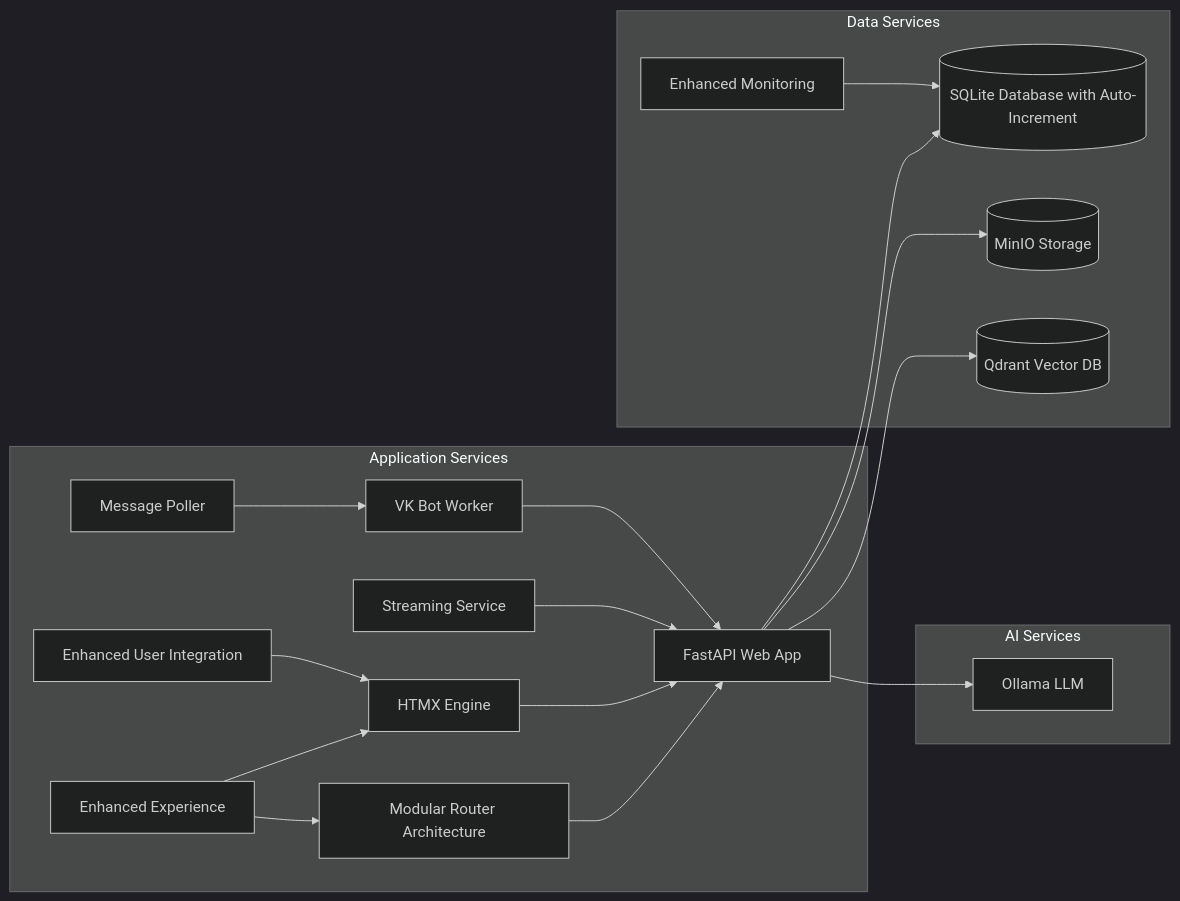
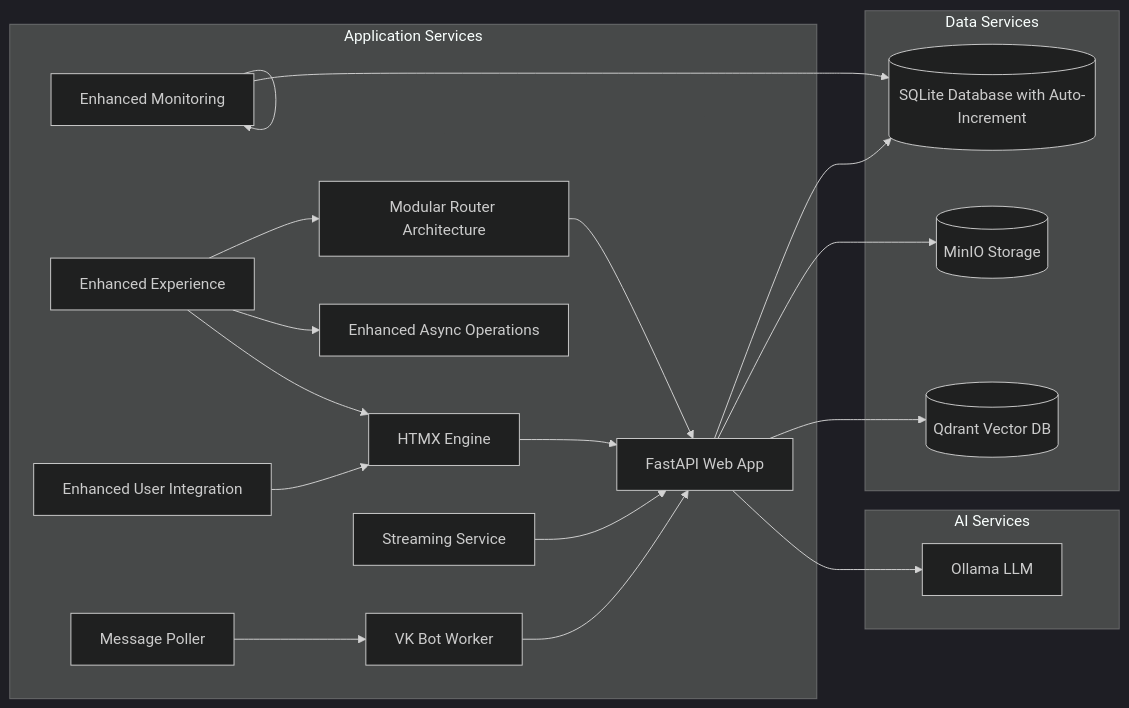
One commit to ognelis/cafetera_hr_bot changed diagram 26 of 26 in .qoder/repowiki/en/content/Document Management System.md. Above: the diagram before and after it, drawn with Mermaid (dark theme). The commit also changed other lines of this file and 25 other files, not shown here.

````diff
--- a/.qoder/repowiki/en/content/Document Management System.md
+++ b/.qoder/repowiki/en/content/Document Management System.md
@@ -2669,36 +2742,40 @@
 ```mermaid
 graph LR
 subgraph "Application Services"
 Web[FastAPI Web App]
 Bot[VK Bot Worker]
 Poller[Message Poller]
 Streaming[Streaming Service]
 HTMXEngine[HTMX Engine]
 EndUserIntegration[Enhanced User Integration]
 RouterArchitecture[Modular Router Architecture]
 EndUserExperience[Enhanced Experience]
+AsyncOperations[Enhanced Async Operations]
+EndUserMonitoring[Enhanced Monitoring]
 end
 subgraph "Data Services"
 DB[(SQLite Database with Auto-Increment)]
 MinIO[(MinIO Storage)]
 Qdrant[(Qdrant Vector DB)]
 EndUserMonitoring[Enhanced Monitoring]
 end
 subgraph "AI Services"
 Ollama[Ollama LLM]
 EndUserExperience[Enhanced Experience]
 end
 Web --> DB
 Web --> MinIO
 Web --> Qdrant
 Bot --> Web
 Poller --> Bot
 Web --> Ollama
 Streaming --> Web
 HTMXEngine --> Web
 EndUserIntegration --> HTMXEngine
 RouterArchitecture --> Web
 EndUserMonitoring --> DB
 EndUserExperience --> HTMXEngine
 EndUserExperience --> RouterArchitecture
+EndUserExperience --> AsyncOperations
+EndUserMonitoring --> EndUserMonitoring
 ```
````
